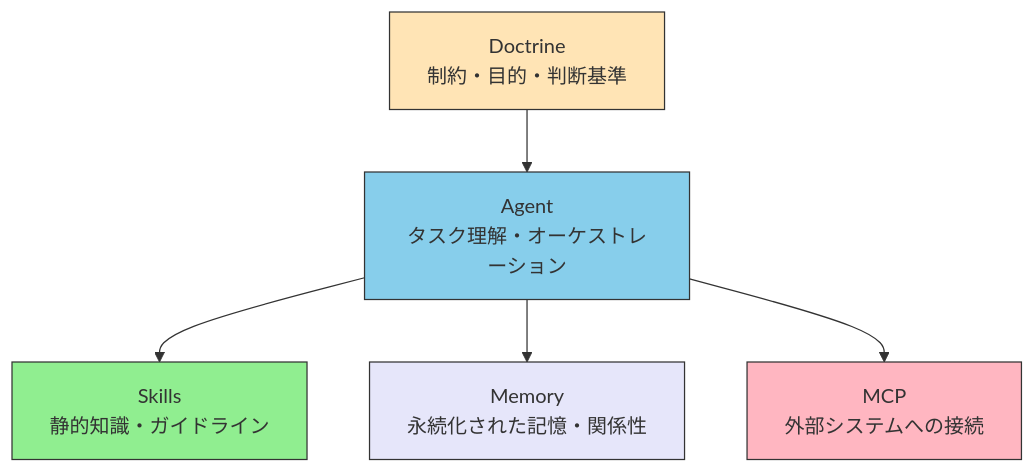
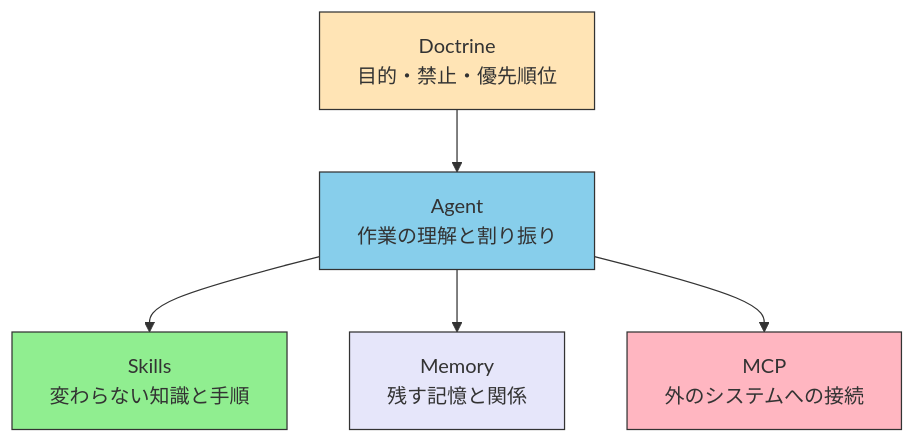
The diagram in docs/ja/preface.md (shuji-bonji/ai-agent-architecture), drawn with Mermaid before and after one commit. The commit also changed other lines of this file and 31 other files, not shown here.

````diff
--- a/docs/ja/preface.md
+++ b/docs/ja/preface.md
@@ -47,19 +49,19 @@
 ```mermaid
 flowchart TB
-    DOCTRINE["Doctrine<br/>制約・目的・判断基準"]
-    AGENT["Agent<br/>タスク理解・オーケストレーション"]
-    SKILLS["Skills<br/>静的知識・ガイドライン"]
-    MEMORY["Memory<br/>永続化された記憶・関係性"]
-    MCP["MCP<br/>外部システムへの接続"]
+    DOCTRINE["Doctrine<br/>目的・禁止・優先順位"]
+    AGENT["Agent<br/>作業の理解と割り振り"]
+    SKILLS["Skills<br/>変わらない知識と手順"]
+    MEMORY["Memory<br/>残す記憶と関係"]
+    MCP["MCP<br/>外のシステムへの接続"]
 
     DOCTRINE --> AGENT
     AGENT --> SKILLS
     AGENT --> MEMORY
     AGENT --> MCP
 
     style DOCTRINE fill:#FFE4B5,color:#333,stroke:#333
     style AGENT fill:#87CEEB,color:#333,stroke:#333
     style SKILLS fill:#90EE90,color:#333,stroke:#333
     style MEMORY fill:#E6E6FA,color:#333,stroke:#333
     style MCP fill:#FFB6C1,color:#333,stroke:#333
 ```
````
